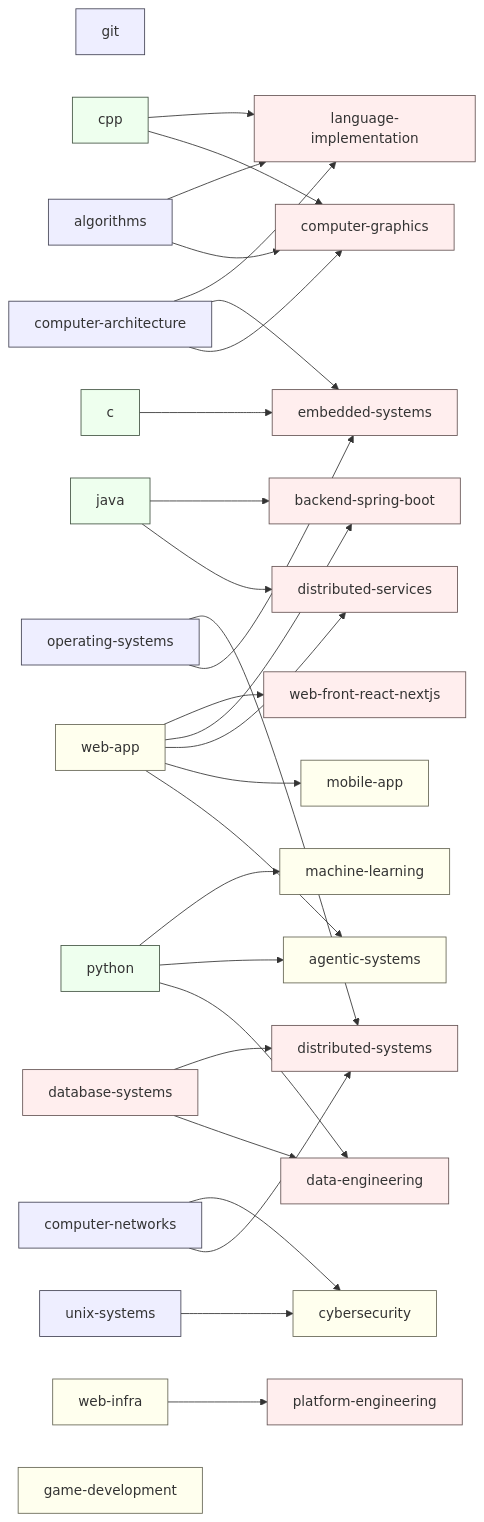
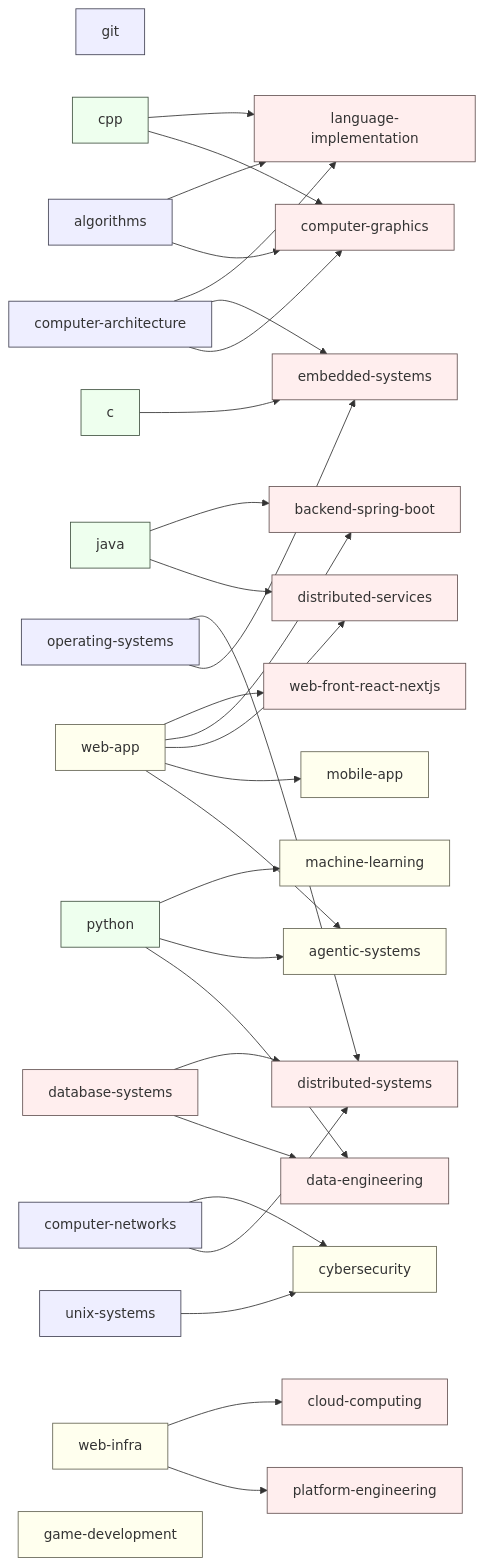
One commit to seungwoo7050/guides changed the first of 5 diagrams in docs/04-dependency-map.md. Above: the diagram before and after it, drawn with Mermaid. The commit also changed other lines of this file and 14 other files, not shown here.

Commit message:
feat(main): define cloud target-state roadmap

```diff
--- a/docs/04-dependency-map.md
+++ b/docs/04-dependency-map.md
@@ -60,6 +61,7 @@
   database_systems["database-systems"]
   distributed_services["distributed-services"]
   web_infra["web-infra"]
+  cloud_computing["cloud-computing"]
   cybersecurity["cybersecurity"]
   mobile_app["mobile-app"]
   machine_learning["machine-learning"]
@@ -76,6 +78,7 @@
   web_app --> backend_spring_boot
   java --> distributed_services
   web_app --> distributed_services
+  web_infra --> cloud_computing
   unix_systems --> cybersecurity
   computer_networks --> cybersecurity
   web_app --> mobile_app
@@ -113,6 +116,7 @@
   class database_systems specialization;
   class distributed_services specialization;
   class web_infra entry;
+  class cloud_computing specialization;
   class cybersecurity entry;
   class mobile_app entry;
   class machine_learning entry;
```
